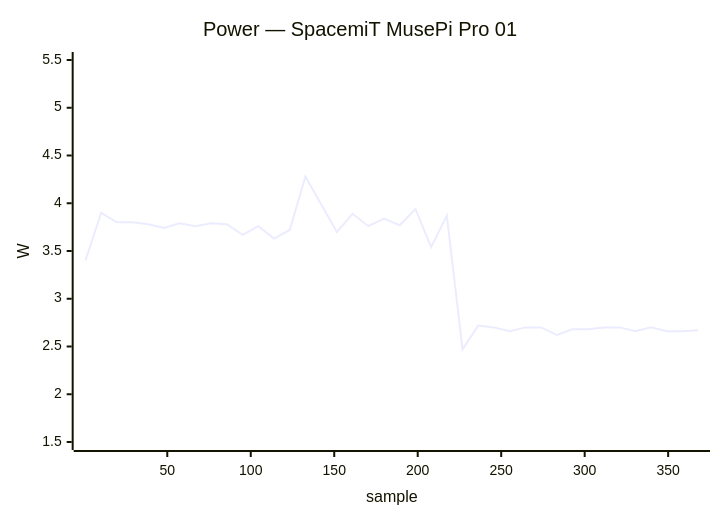
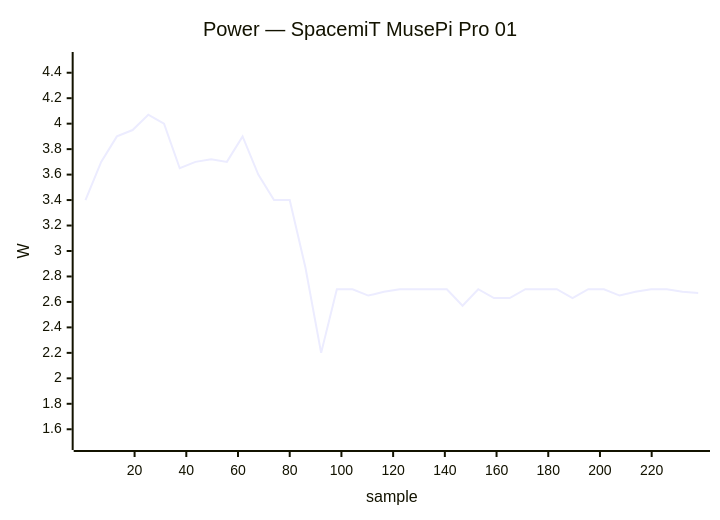
One commit to armbian/documentation changed the sixth of 40 diagrams in docs/status/board-tests.md. Above: the diagram before and after it, drawn with Mermaid. The commit also changed other lines of this file, not shown here.

````diff
--- a/docs/status/board-tests.md
+++ b/docs/status/board-tests.md
@@ -250,7 +250,7 @@
 ```mermaid
 xychart-beta
     title "Power — SpacemiT MusePi Pro 01"
-    x-axis "sample" 1 --> 368
-    y-axis "W" 1.5 --> 5.5
-    line [3.40, 3.90, 3.80, 3.80, 3.78, 3.74, 3.79, 3.76, 3.79, 3.78, 3.67, 3.76, 3.63, 3.72, 4.28, 3.99, 3.70, 3.89, 3.76, 3.84, 3.77, 3.94, 3.54, 3.87, 2.47, 2.72, 2.70, 2.66, 2.70, 2.70, 2.62, 2.68, 2.68, 2.70, 2.70, 2.66, 2.70, 2.66, 2.66, 2.67]
+    x-axis "sample" 1 --> 238
+    y-axis "W" 1.5 --> 4.5
+    line [3.40, 3.70, 3.90, 3.95, 4.07, 4.00, 3.65, 3.70, 3.72, 3.70, 3.90, 3.60, 3.40, 3.40, 2.87, 2.20, 2.70, 2.70, 2.65, 2.68, 2.70, 2.70, 2.70, 2.70, 2.57, 2.70, 2.63, 2.63, 2.70, 2.70, 2.70, 2.63, 2.70, 2.70, 2.65, 2.68, 2.70, 2.70, 2.68, 2.67]
 ```
````
